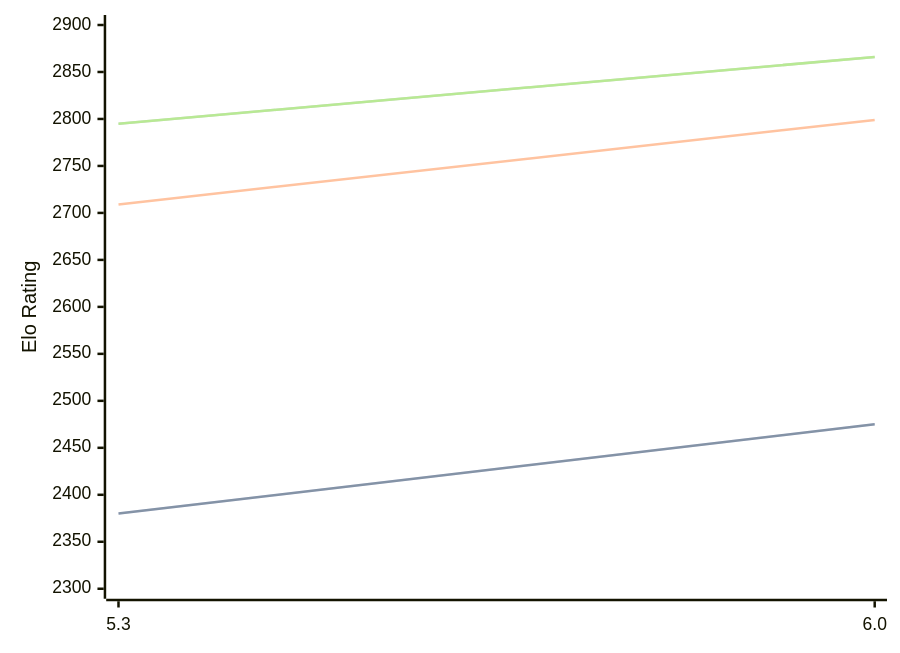
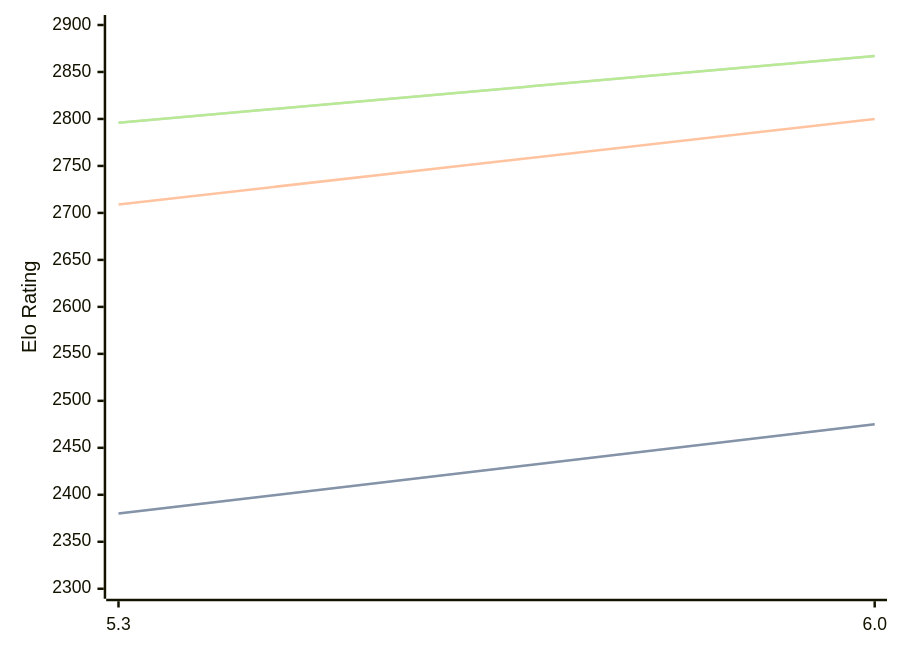
The first of 3 diagrams in engines/tomitankChess.md (computer-chess-index/cci), drawn with Mermaid before and after one commit. The commit also changed other lines of this file, not shown here.

Commit message:
Update CCI Ratings (ELO VLTC) - 2026-06-23

````diff
--- a/engines/tomitankChess.md
+++ b/engines/tomitankChess.md
@@ -40,11 +40,11 @@
 ```mermaid
 %%{init: {"theme":"base","themeVariables":{"seriesColors:['#a3a3a3','#222221','#faa371']}}}%%
 xychart-beta
   x-axis ["5.3", "6.0"]
   y-axis "Elo Rating" 2300 --> 2900
   line "STC (8.0+0.08s)" [2380, 2475]
   line "STC (8.0+0.08s)" [2380, 2475]
-  line "LTC (60.0+0.60s)" [2709, 2799]
-  line "VLTC (2m24s+1.12s)" [2795, 2866]
-  line "VLTC (2m24s+1.12s)" [2795, 2866]
+  line "LTC (60.0+0.60s)" [2709, 2800]
+  line "VLTC (2m24s+1.12s)" [2796, 2867]
+  line "VLTC (2m24s+1.12s)" [2796, 2867]
 ```
````
